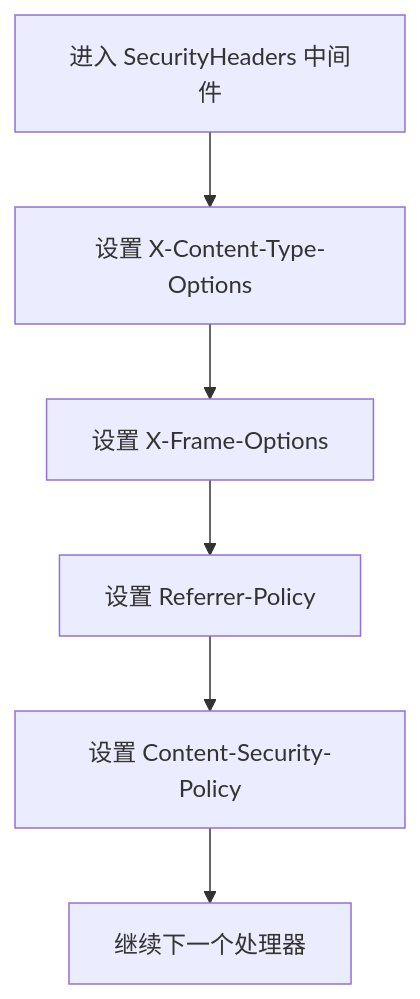
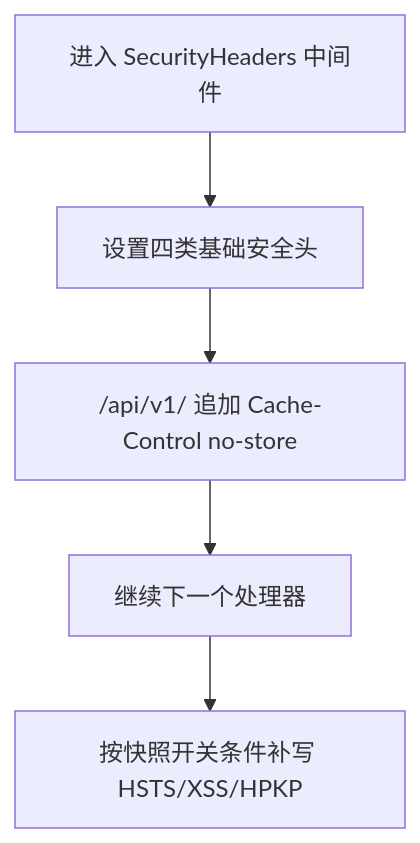
One commit to x01n/My-OpenWaf changed the seventh of 11 diagrams in docs/安全机制/会话管理.md. Above: the diagram before and after it, drawn with Mermaid. The commit also changed other lines of this file and 622 other files, not shown here.

````diff
--- a/docs/安全机制/会话管理.md
+++ b/docs/安全机制/会话管理.md
@@ -258,8 +332,7 @@
 ```mermaid
 flowchart TD
-S["进入 SecurityHeaders 中间件"] --> H1["设置 X-Content-Type-Options"]
-H1 --> H2["设置 X-Frame-Options"]
-H2 --> H3["设置 Referrer-Policy"]
-H3 --> H4["设置 Content-Security-Policy"]
-H4 --> N["继续下一个处理器"]
+S["进入 SecurityHeaders 中间件"] --> H1["设置四类基础安全头"]
+H1 --> H2["/api/v1/ 追加 Cache-Control no-store"]
+H2 --> N["继续下一个处理器"]
+N --> H3["按快照开关条件补写 HSTS/XSS/HPKP"]
 ```
````
